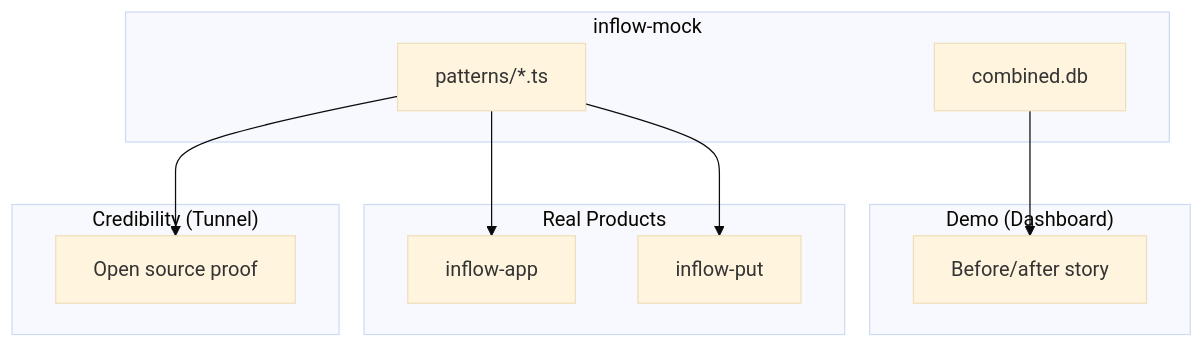
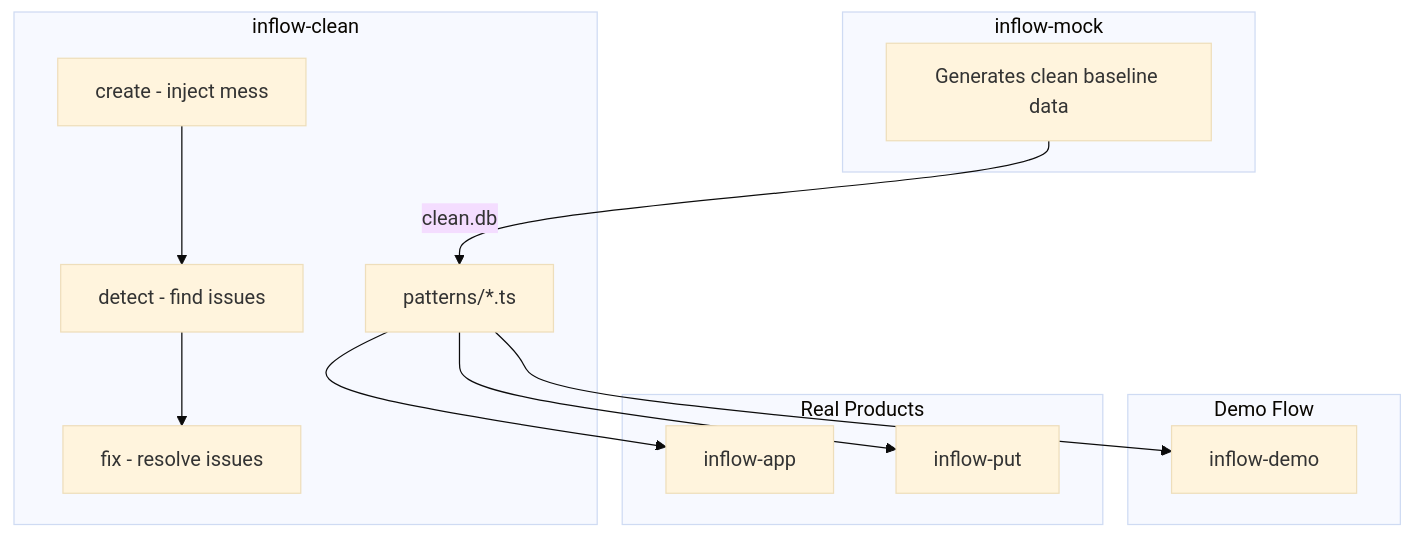
The diagram in CLAUDE.md (ldraney/inflow-tools), drawn with Mermaid (base theme) before and after one commit. The commit also changed other lines of this file and 4 other files, not shown here.

First line of the commit message:
Split inflow-mock/clean, add cosmetics vertical + Reddit outreach

````diff
--- a/CLAUDE.md
+++ b/CLAUDE.md
@@ -50,25 +49,29 @@
 ```mermaid
 graph TD
     subgraph "inflow-mock"
-        P[patterns/*.ts]
-        DB[combined.db]
+        MOCK[Generates clean baseline data]
     end
 
-    subgraph "Credibility (Tunnel)"
-        T[Open source proof]
+    subgraph "inflow-clean"
+        P[patterns/*.ts]
+        CREATE[create - inject mess]
+        DETECT[detect - find issues]
+        FIX[fix - resolve issues]
     end
 
-    subgraph "Demo (Dashboard)"
-        D[Before/after story]
+    subgraph "Demo Flow"
+        DEMO[inflow-demo]
     end
 
     subgraph "Real Products"
         APP[inflow-app]
         PUT[inflow-put]
     end
 
-    P --> T
-    DB --> D
+    MOCK --> |clean.db| P
+    CREATE --> DETECT
+    DETECT --> FIX
+    P --> DEMO
     P --> APP
     P --> PUT
 ```
````
